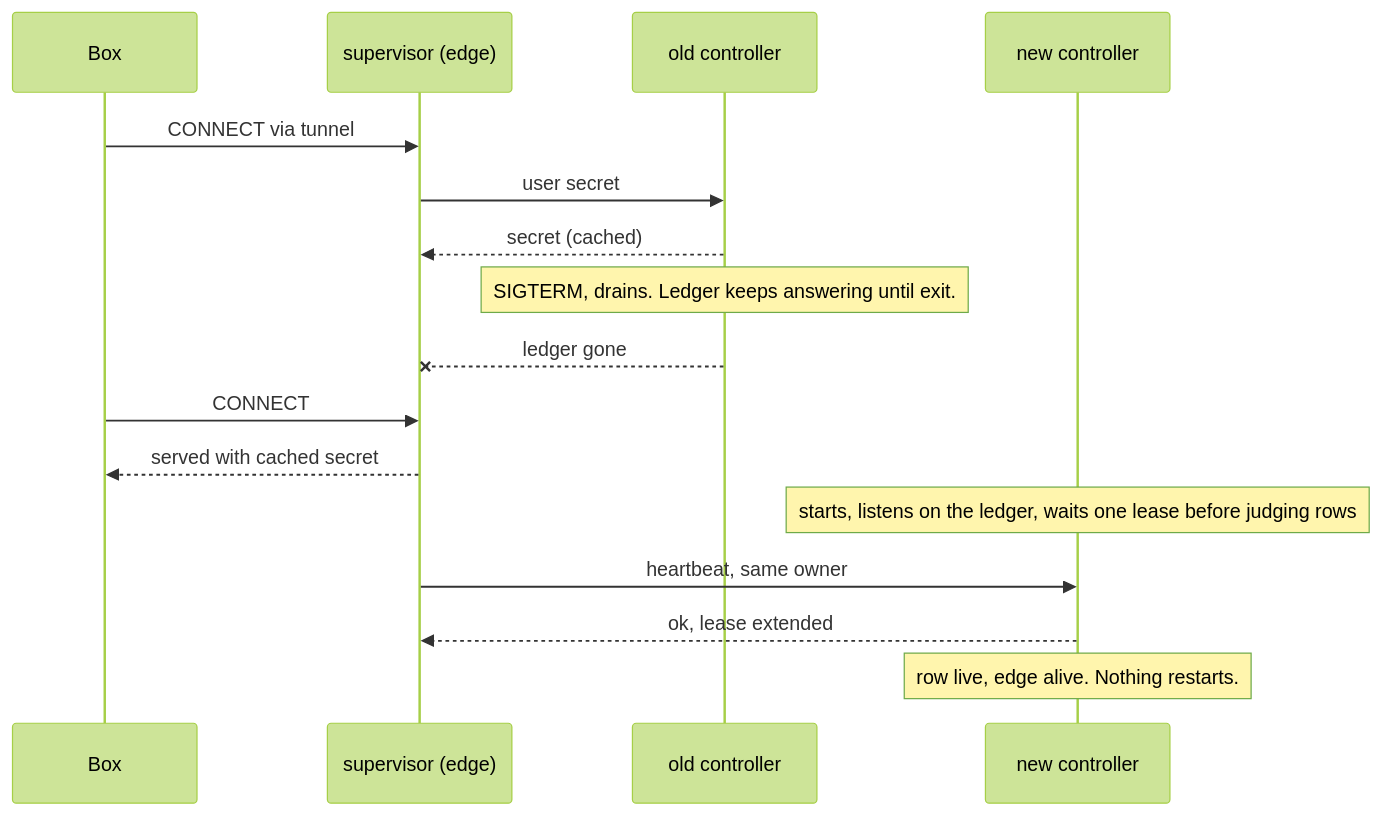
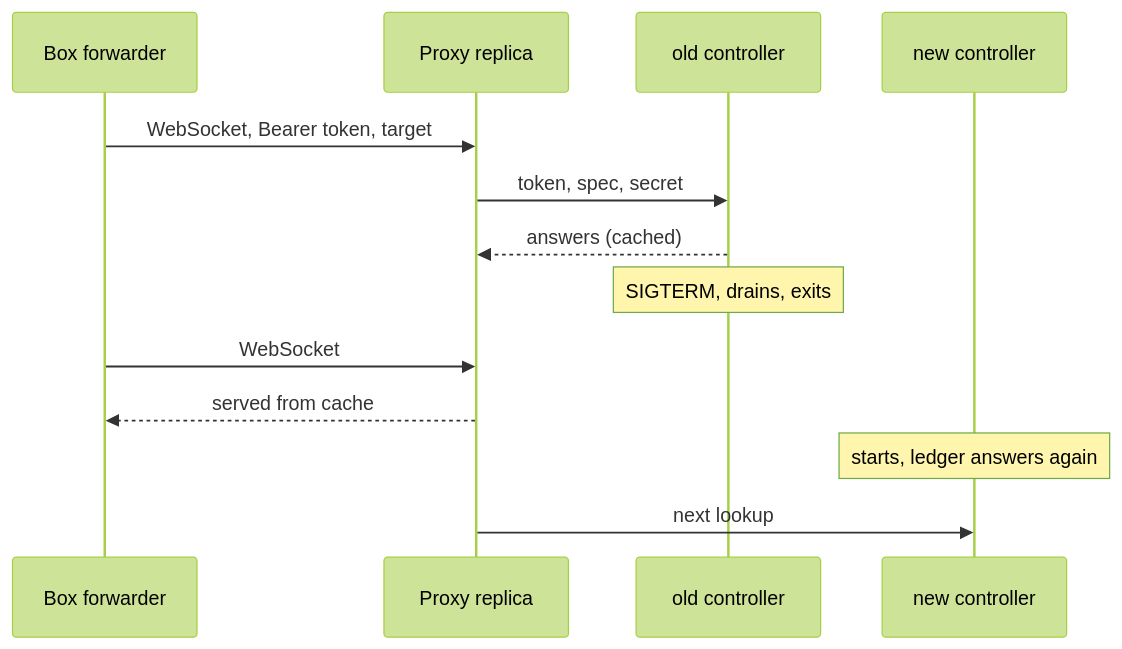
One commit to IniZio/moor changed the third of 4 diagrams in docs/specs/deploy-invisible-boxes.md. Above: the diagram before and after it, drawn with Mermaid (forest theme). The commit also changed other lines of this file, not shown here.

Commit message:
docs(specs): serve every Box from one shared, stateless Proxy

````diff
--- a/docs/specs/deploy-invisible-boxes.md
+++ b/docs/specs/deploy-invisible-boxes.md
@@ -201,18 +102,15 @@
 ```mermaid
 sequenceDiagram
-  participant B as Box
-  participant S as supervisor (edge)
+  participant B as Box forwarder
+  participant P as Proxy replica
   participant C1 as old controller
   participant C2 as new controller
-  B->>S: CONNECT via tunnel
-  S->>C1: user secret
-  C1-->>S: secret (cached)
-  Note over C1: SIGTERM, drains. Ledger keeps answering until exit.
-  C1--xS: ledger gone
-  B->>S: CONNECT
-  S-->>B: served with cached secret
-  Note over C2: starts, listens on the ledger, waits one lease before judging rows
-  S->>C2: heartbeat, same owner
-  C2-->>S: ok, lease extended
-  Note over C2: row live, edge alive. Nothing restarts.
+  B->>P: WebSocket, Bearer token, target
+  P->>C1: token, spec, secret
+  C1-->>P: answers (cached)
+  Note over C1: SIGTERM, drains, exits
+  B->>P: WebSocket
+  P-->>B: served from cache
+  Note over C2: starts, ledger answers again
+  P->>C2: next lookup
 ```
````
